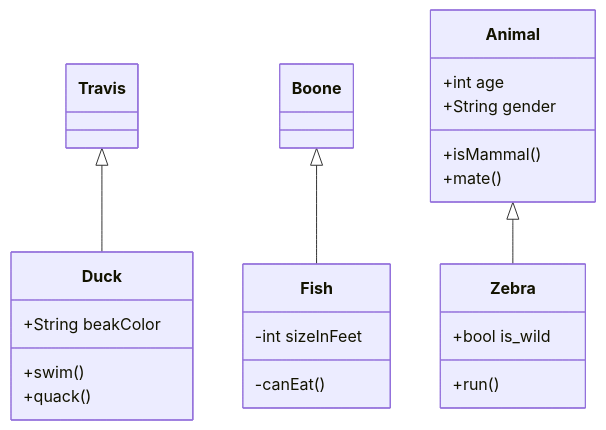
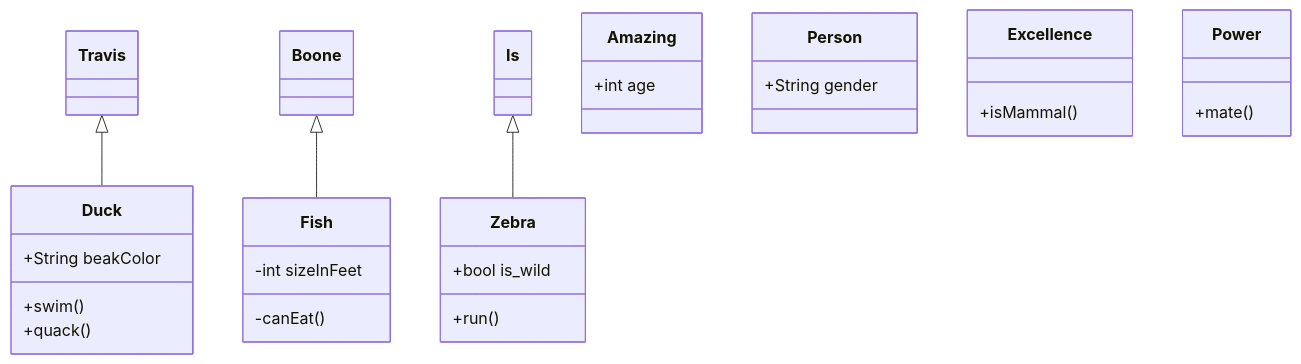
One commit to TravisBoone6277/Mermaid changed the diagram in README.md. Above: the diagram before and after it, drawn with Mermaid.

````diff
--- a/README.md
+++ b/README.md
@@ -1,23 +1,23 @@
 ``` mermaid
 classDiagram
     Travis <|-- Duck
    Boone <|-- Fish
-    Animal <|-- Zebra
-    Animal : +int age
-    Animal : +String gender
-    Animal: +isMammal()
-    Animal: +mate()
+    Is <|-- Zebra
+   Amazing : +int age
+    Person : +String gender
+    Excellence: +isMammal()
+    Power: +mate()
     class Duck{
       +String beakColor
       +swim()
       +quack()
     }
     class Fish{
       -int sizeInFeet
       -canEat()
     }
     class Zebra{
       +bool is_wild
       +run()
     }
 ```
````
